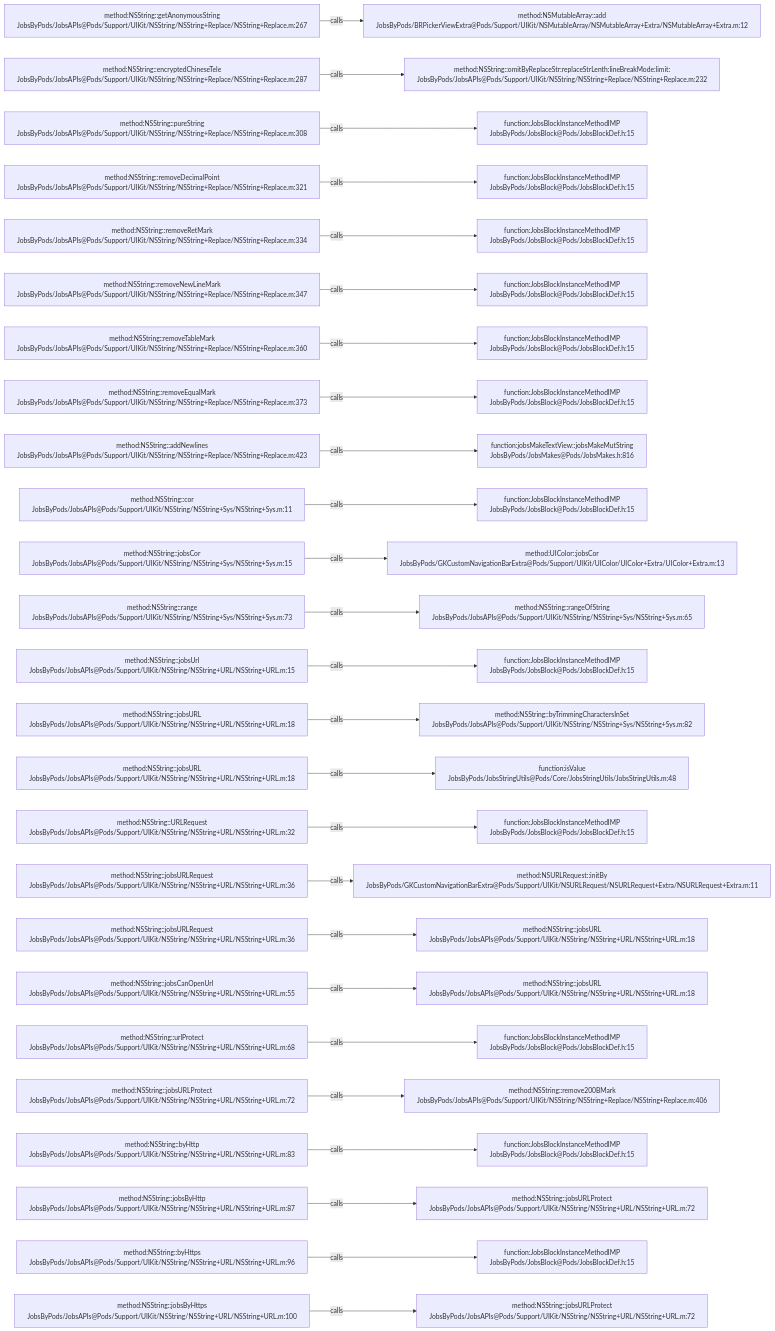
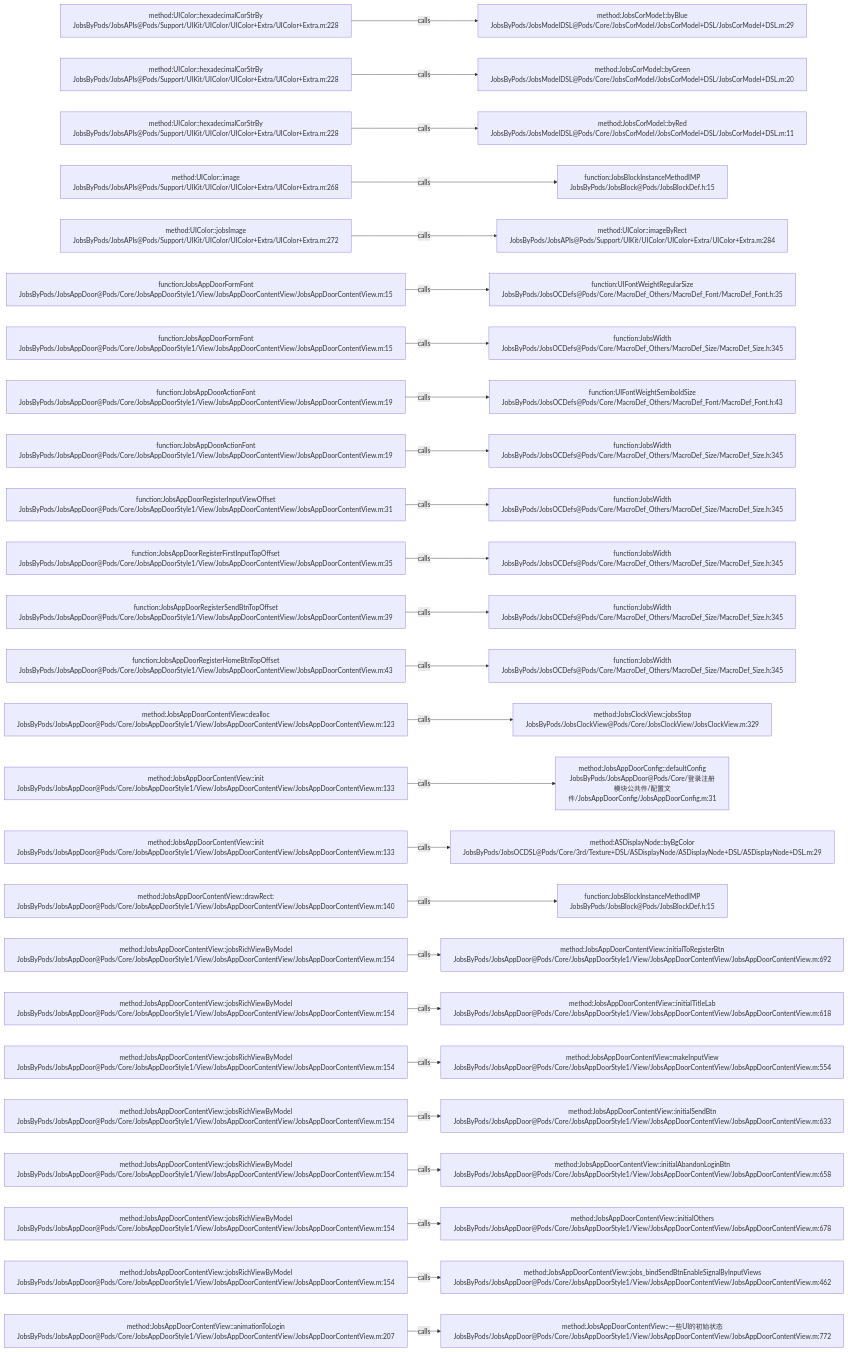
Before and after one commit to JobsKits/JobsOCBaseConfigDemo: the diagram in .codegraph/codegraph.md/graphs/calls-088.md, drawn with Mermaid. The commit also changed 223 other files, not shown here.

````diff
--- a/.codegraph/codegraph.md/graphs/calls-088.md
+++ b/.codegraph/codegraph.md/graphs/calls-088.md
@@ -13,78 +13,78 @@
 ```mermaid
 flowchart LR
-  S1["method:NSString::getAnonymousString<br/>JobsByPods/JobsAPIs@Pods/Support/UIKit/NSString/NSString+Replace/NSString+Replace.m:267"]
-  T1["method:NSMutableArray::add<br/>JobsByPods/BRPickerViewExtra@Pods/Support/UIKit/NSMutableArray/NSMutableArray+Extra/NSMutableArray+Extra.m:12"]
+  S1["method:UIColor::hexadecimalCorStrBy<br/>JobsByPods/JobsAPIs@Pods/Support/UIKit/UIColor/UIColor+Extra/UIColor+Extra.m:228"]
+  T1["method:JobsCorModel::byBlue<br/>JobsByPods/JobsModelDSL@Pods/Core/JobsCorModel/JobsCorModel+DSL/JobsCorModel+DSL.m:29"]
   S1 -->|calls| T1
-  S2["method:NSString::encryptedChineseTele<br/>JobsByPods/JobsAPIs@Pods/Support/UIKit/NSString/NSString+Replace/NSString+Replace.m:287"]
-  T2["method:NSString::omitByReplaceStr:replaceStrLenth:lineBreakMode:limit:<br/>JobsByPods/JobsAPIs@Pods/Support/UIKit/NSString/NSString+Replace/NSString+Replace.m:232"]
+  S2["method:UIColor::hexadecimalCorStrBy<br/>JobsByPods/JobsAPIs@Pods/Support/UIKit/UIColor/UIColor+Extra/UIColor+Extra.m:228"]
+  T2["method:JobsCorModel::byGreen<br/>JobsByPods/JobsModelDSL@Pods/Core/JobsCorModel/JobsCorModel+DSL/JobsCorModel+DSL.m:20"]
   S2 -->|calls| T2
-  S3["method:NSString::pureString<br/>JobsByPods/JobsAPIs@Pods/Support/UIKit/NSString/NSString+Replace/NSString+Replace.m:308"]
-  T3["function:JobsBlockInstanceMethodIMP<br/>JobsByPods/JobsBlock@Pods/JobsBlockDef.h:15"]
+  S3["method:UIColor::hexadecimalCorStrBy<br/>JobsByPods/JobsAPIs@Pods/Support/UIKit/UIColor/UIColor+Extra/UIColor+Extra.m:228"]
+  T3["method:JobsCorModel::byRed<br/>JobsByPods/JobsModelDSL@Pods/Core/JobsCorModel/JobsCorModel+DSL/JobsCorModel+DSL.m:11"]
   S3 -->|calls| T3
-  S4["method:NSString::removeDecimalPoint<br/>JobsByPods/JobsAPIs@Pods/Support/UIKit/NSString/NSString+Replace/NSString+Replace.m:321"]
+  S4["method:UIColor::image<br/>JobsByPods/JobsAPIs@Pods/Support/UIKit/UIColor/UIColor+Extra/UIColor+Extra.m:268"]
   T4["function:JobsBlockInstanceMethodIMP<br/>JobsByPods/JobsBlock@Pods/JobsBlockDef.h:15"]
   S4 -->|calls| T4
-  S5["method:NSString::removeRetMark<br/>JobsByPods/JobsAPIs@Pods/Support/UIKit/NSString/NSString+Replace/NSString+Replace.m:334"]
-  T5["function:JobsBlockInstanceMethodIMP<br/>JobsByPods/JobsBlock@Pods/JobsBlockDef.h:15"]
+  S5["method:UIColor::jobsImage<br/>JobsByPods/JobsAPIs@Pods/Support/UIKit/UIColor/UIColor+Extra/UIColor+Extra.m:272"]
+  T5["method:UIColor::imageByRect<br/>JobsByPods/JobsAPIs@Pods/Support/UIKit/UIColor/UIColor+Extra/UIColor+Extra.m:284"]
   S5 -->|calls| T5
-  S6["method:NSString::removeNewLineMark<br/>JobsByPods/JobsAPIs@Pods/Support/UIKit/NSString/NSString+Replace/NSString+Replace.m:347"]
-  T6["function:JobsBlockInstanceMethodIMP<br/>JobsByPods/JobsBlock@Pods/JobsBlockDef.h:15"]
+  S6["function:JobsAppDoorFormFont<br/>JobsByPods/JobsAppDoor@Pods/Core/JobsAppDoorStyle1/View/JobsAppDoorContentView/JobsAppDoorContentView.m:15"]
+  T6["function:UIFontWeightRegularSize<br/>JobsByPods/JobsOCDefs@Pods/Core/MacroDef_Others/MacroDef_Font/MacroDef_Font.h:35"]
   S6 -->|calls| T6
-  S7["method:NSString::removeTableMark<br/>JobsByPods/JobsAPIs@Pods/Support/UIKit/NSString/NSString+Replace/NSString+Replace.m:360"]
-  T7["function:JobsBlockInstanceMethodIMP<br/>JobsByPods/JobsBlock@Pods/JobsBlockDef.h:15"]
+  S7["function:JobsAppDoorFormFont<br/>JobsByPods/JobsAppDoor@Pods/Core/JobsAppDoorStyle1/View/JobsAppDoorContentView/JobsAppDoorContentView.m:15"]
+  T7["function:JobsWidth<br/>JobsByPods/JobsOCDefs@Pods/Core/MacroDef_Others/MacroDef_Size/MacroDef_Size.h:345"]
   S7 -->|calls| T7
-  S8["method:NSString::removeEqualMark<br/>JobsByPods/JobsAPIs@Pods/Support/UIKit/NSString/NSString+Replace/NSString+Replace.m:373"]
-  T8["function:JobsBlockInstanceMethodIMP<br/>JobsByPods/JobsBlock@Pods/JobsBlockDef.h:15"]
+  S8["function:JobsAppDoorActionFont<br/>JobsByPods/JobsAppDoor@Pods/Core/JobsAppDoorStyle1/View/JobsAppDoorContentView/JobsAppDoorContentView.m:19"]
+  T8["function:UIFontWeightSemiboldSize<br/>JobsByPods/JobsOCDefs@Pods/Core/MacroDef_Others/MacroDef_Font/MacroDef_Font.h:43"]
   S8 -->|calls| T8
-  S9["method:NSString::addNewlines<br/>JobsByPods/JobsAPIs@Pods/Support/UIKit/NSString/NSString+Replace/NSString+Replace.m:423"]
-  T9["function:jobsMakeTextView::jobsMakeMutString<br/>JobsByPods/JobsMakes@Pods/JobsMakes.h:816"]
+  S9["function:JobsAppDoorActionFont<br/>JobsByPods/JobsAppDoor@Pods/Core/JobsAppDoorStyle1/View/JobsAppDoorContentView/JobsAppDoorContentView.m:19"]
+  T9["function:JobsWidth<br/>JobsByPods/JobsOCDefs@Pods/Core/MacroDef_Others/MacroDef_Size/MacroDef_Size.h:345"]
   S9 -->|calls| T9
-  S10["method:NSString::cor<br/>JobsByPods/JobsAPIs@Pods/Support/UIKit/NSString/NSString+Sys/NSString+Sys.m:11"]
-  T10["function:JobsBlockInstanceMethodIMP<br/>JobsByPods/JobsBlock@Pods/JobsBlockDef.h:15"]
+  S10["function:JobsAppDoorRegisterInputViewOffset<br/>JobsByPods/JobsAppDoor@Pods/Core/JobsAppDoorStyle1/View/JobsAppDoorContentView/JobsAppDoorContentView.m:31"]
+  T10["function:JobsWidth<br/>JobsByPods/JobsOCDefs@Pods/Core/MacroDef_Others/MacroDef_Size/MacroDef_Size.h:345"]
   S10 -->|calls| T10
-  S11["method:NSString::jobsCor<br/>JobsByPods/JobsAPIs@Pods/Support/UIKit/NSString/NSString+Sys/NSString+Sys.m:15"]
-  T11["method:UIColor::jobsCor<br/>JobsByPods/GKCustomNavigationBarExtra@Pods/Support/UIKit/UIColor/UIColor+Extra/UIColor+Extra.m:13"]
+  S11["function:JobsAppDoorRegisterFirstInputTopOffset<br/>JobsByPods/JobsAppDoor@Pods/Core/JobsAppDoorStyle1/View/JobsAppDoorContentView/JobsAppDoorContentView.m:35"]
+  T11["function:JobsWidth<br/>JobsByPods/JobsOCDefs@Pods/Core/MacroDef_Others/MacroDef_Size/MacroDef_Size.h:345"]
   S11 -->|calls| T11
-  S12["method:NSString::range<br/>JobsByPods/JobsAPIs@Pods/Support/UIKit/NSString/NSString+Sys/NSString+Sys.m:73"]
-  T12["method:NSString::rangeOfString<br/>JobsByPods/JobsAPIs@Pods/Support/UIKit/NSString/NSString+Sys/NSString+Sys.m:65"]
+  S12["function:JobsAppDoorRegisterSendBtnTopOffset<br/>JobsByPods/JobsAppDoor@Pods/Core/JobsAppDoorStyle1/View/JobsAppDoorContentView/JobsAppDoorContentView.m:39"]
+  T12["function:JobsWidth<br/>JobsByPods/JobsOCDefs@Pods/Core/MacroDef_Others/MacroDef_Size/MacroDef_Size.h:345"]
   S12 -->|calls| T12
-  S13["method:NSString::jobsUrl<br/>JobsByPods/JobsAPIs@Pods/Support/UIKit/NSString/NSString+URL/NSString+URL.m:15"]
-  T13["function:JobsBlockInstanceMethodIMP<br/>JobsByPods/JobsBlock@Pods/JobsBlockDef.h:15"]
+  S13["function:JobsAppDoorRegisterHomeBtnTopOffset<br/>JobsByPods/JobsAppDoor@Pods/Core/JobsAppDoorStyle1/View/JobsAppDoorContentView/JobsAppDoorContentView.m:43"]
+  T13["function:JobsWidth<br/>JobsByPods/JobsOCDefs@Pods/Core/MacroDef_Others/MacroDef_Size/MacroDef_Size.h:345"]
   S13 -->|calls| T13
-  S14["method:NSString::jobsURL<br/>JobsByPods/JobsAPIs@Pods/Support/UIKit/NSString/NSString+URL/NSString+URL.m:18"]
-  T14["method:NSString::byTrimmingCharactersInSet<br/>JobsByPods/JobsAPIs@Pods/Support/UIKit/NSString/NSString+Sys/NSString+Sys.m:82"]
+  S14["method:JobsAppDoorContentView::dealloc<br/>JobsByPods/JobsAppDoor@Pods/Core/JobsAppDoorStyle1/View/JobsAppDoorContentView/JobsAppDoorContentView.m:123"]
+  T14["method:JobsClockView::jobsStop<br/>JobsByPods/JobsClockView@Pods/Core/JobsClockView/JobsClockView.m:329"]
   S14 -->|calls| T14
-  S15["method:NSString::jobsURL<br/>JobsByPods/JobsAPIs@Pods/Support/UIKit/NSString/NSString+URL/NSString+URL.m:18"]
-  T15["function:isValue<br/>JobsByPods/JobsStringUtils@Pods/Core/JobsStringUtils/JobsStringUtils.m:48"]
+  S15["method:JobsAppDoorContentView::init<br/>JobsByPods/JobsAppDoor@Pods/Core/JobsAppDoorStyle1/View/JobsAppDoorContentView/JobsAppDoorContentView.m:133"]
+  T15["method:JobsAppDoorConfig::defaultConfig<br/>JobsByPods/JobsAppDoor@Pods/Core/登录注册模块公共件/配置文件/JobsAppDoorConfig/JobsAppDoorConfig.m:31"]
   S15 -->|calls| T15
-  S16["method:NSString::URLRequest<br/>JobsByPods/JobsAPIs@Pods/Support/UIKit/NSString/NSString+URL/NSString+URL.m:32"]
-  T16["function:JobsBlockInstanceMethodIMP<br/>JobsByPods/JobsBlock@Pods/JobsBlockDef.h:15"]
+  S16["method:JobsAppDoorContentView::init<br/>JobsByPods/JobsAppDoor@Pods/Core/JobsAppDoorStyle1/View/JobsAppDoorContentView/JobsAppDoorContentView.m:133"]
+  T16["method:ASDisplayNode::byBgColor<br/>JobsByPods/JobsOCDSL@Pods/Core/3rd/Texture+DSL/ASDisplayNode/ASDisplayNode+DSL/ASDisplayNode+DSL.m:29"]
   S16 -->|calls| T16
-  S17["method:NSString::jobsURLRequest<br/>JobsByPods/JobsAPIs@Pods/Support/UIKit/NSString/NSString+URL/NSString+URL.m:36"]
-  T17["method:NSURLRequest::initBy<br/>JobsByPods/GKCustomNavigationBarExtra@Pods/Support/UIKit/NSURLRequest/NSURLRequest+Extra/NSURLRequest+Extra.m:11"]
+  S17["method:JobsAppDoorContentView::drawRect:<br/>JobsByPods/JobsAppDoor@Pods/Core/JobsAppDoorStyle1/View/JobsAppDoorContentView/JobsAppDoorContentView.m:140"]
+  T17["function:JobsBlockInstanceMethodIMP<br/>JobsByPods/JobsBlock@Pods/JobsBlockDef.h:15"]
   S17 -->|calls| T17
-  S18["method:NSString::jobsURLRequest<br/>JobsByPods/JobsAPIs@Pods/Support/UIKit/NSString/NSString+URL/NSString+URL.m:36"]
-  T18["method:NSString::jobsURL<br/>JobsByPods/JobsAPIs@Pods/Support/UIKit/NSString/NSString+URL/NSString+URL.m:18"]
+  S18["method:JobsAppDoorContentView::jobsRichViewByModel<br/>JobsByPods/JobsAppDoor@Pods/Core/JobsAppDoorStyle1/View/JobsAppDoorContentView/JobsAppDoorContentView.m:154"]
+  T18["method:JobsAppDoorContentView::initialToRegisterBtn<br/>JobsByPods/JobsAppDoor@Pods/Core/JobsAppDoorStyle1/View/JobsAppDoorContentView/JobsAppDoorContentView.m:692"]
   S18 -->|calls| T18
-  S19["method:NSString::jobsCanOpenUrl<br/>JobsByPods/JobsAPIs@Pods/Support/UIKit/NSString/NSString+URL/NSString+URL.m:55"]
-  T19["method:NSString::jobsURL<br/>JobsByPods/JobsAPIs@Pods/Support/UIKit/NSString/NSString+URL/NSString+URL.m:18"]
+  S19["method:JobsAppDoorContentView::jobsRichViewByModel<br/>JobsByPods/JobsAppDoor@Pods/Core/JobsAppDoorStyle1/View/JobsAppDoorContentView/JobsAppDoorContentView.m:154"]
+  T19["method:JobsAppDoorContentView::initialTitleLab<br/>JobsByPods/JobsAppDoor@Pods/Core/JobsAppDoorStyle1/View/JobsAppDoorContentView/JobsAppDoorContentView.m:618"]
   S19 -->|calls| T19
-  S20["method:NSString::urlProtect<br/>JobsByPods/JobsAPIs@Pods/Support/UIKit/NSString/NSString+URL/NSString+URL.m:68"]
-  T20["function:JobsBlockInstanceMethodIMP<br/>JobsByPods/JobsBlock@Pods/JobsBlockDef.h:15"]
+  S20["method:JobsAppDoorContentView::jobsRichViewByModel<br/>JobsByPods/JobsAppDoor@Pods/Core/JobsAppDoorStyle1/View/JobsAppDoorContentView/JobsAppDoorContentView.m:154"]
+  T20["method:JobsAppDoorContentView::makeInputView<br/>JobsByPods/JobsAppDoor@Pods/Core/JobsAppDoorStyle1/View/JobsAppDoorContentView/JobsAppDoorContentView.m:554"]
   S20 -->|calls| T20
-  S21["method:NSString::jobsURLProtect<br/>JobsByPods/JobsAPIs@Pods/Support/UIKit/NSString/NSString+URL/NSString+URL.m:72"]
-  T21["method:NSString::remove200BMark<br/>JobsByPods/JobsAPIs@Pods/Support/UIKit/NSString/NSString+Replace/NSString+Replace.m:406"]
+  S21["method:JobsAppDoorContentView::jobsRichViewByModel<br/>JobsByPods/JobsAppDoor@Pods/Core/JobsAppDoorStyle1/View/JobsAppDoorContentView/JobsAppDoorContentView.m:154"]
+  T21["method:JobsAppDoorContentView::initialSendBtn<br/>JobsByPods/JobsAppDoor@Pods/Core/JobsAppDoorStyle1/View/JobsAppDoorContentView/JobsAppDoorContentView.m:633"]
   S21 -->|calls| T21
-  S22["method:NSString::byHttp<br/>JobsByPods/JobsAPIs@Pods/Support/UIKit/NSString/NSString+URL/NSString+URL.m:83"]
-  T22["function:JobsBlockInstanceMethodIMP<br/>JobsByPods/JobsBlock@Pods/JobsBlockDef.h:15"]
+  S22["method:JobsAppDoorContentView::jobsRichViewByModel<br/>JobsByPods/JobsAppDoor@Pods/Core/JobsAppDoorStyle1/View/JobsAppDoorContentView/JobsAppDoorContentView.m:154"]
+  T22["method:JobsAppDoorContentView::initialAbandonLoginBtn<br/>JobsByPods/JobsAppDoor@Pods/Core/JobsAppDoorStyle1/View/JobsAppDoorContentView/JobsAppDoorContentView.m:658"]
   S22 -->|calls| T22
-  S23["method:NSString::jobsByHttp<br/>JobsByPods/JobsAPIs@Pods/Support/UIKit/NSString/NSString+URL/NSString+URL.m:87"]
-  T23["method:NSString::jobsURLProtect<br/>JobsByPods/JobsAPIs@Pods/Support/UIKit/NSString/NSString+URL/NSString+URL.m:72"]
+  S23["method:JobsAppDoorContentView::jobsRichViewByModel<br/>JobsByPods/JobsAppDoor@Pods/Core/JobsAppDoorStyle1/View/JobsAppDoorContentView/JobsAppDoorContentView.m:154"]
+  T23["method:JobsAppDoorContentView::initialOthers<br/>JobsByPods/JobsAppDoor@Pods/Core/JobsAppDoorStyle1/View/JobsAppDoorContentView/JobsAppDoorContentView.m:678"]
   S23 -->|calls| T23
-  S24["method:NSString::byHttps<br/>JobsByPods/JobsAPIs@Pods/Support/UIKit/NSString/NSString+URL/NSString+URL.m:96"]
-  T24["function:JobsBlockInstanceMethodIMP<br/>JobsByPods/JobsBlock@Pods/JobsBlockDef.h:15"]
+  S24["method:JobsAppDoorContentView::jobsRichViewByModel<br/>JobsByPods/JobsAppDoor@Pods/Core/JobsAppDoorStyle1/View/JobsAppDoorContentView/JobsAppDoorContentView.m:154"]
+  T24["method:JobsAppDoorContentView::jobs_bindSendBtnEnableSignalByInputViews<br/>JobsByPods/JobsAppDoor@Pods/Core/JobsAppDoorStyle1/View/JobsAppDoorContentView/JobsAppDoorContentView.m:462"]
   S24 -->|calls| T24
-  S25["method:NSString::jobsByHttps<br/>JobsByPods/JobsAPIs@Pods/Support/UIKit/NSString/NSString+URL/NSString+URL.m:100"]
-  T25["method:NSString::jobsURLProtect<br/>JobsByPods/JobsAPIs@Pods/Support/UIKit/NSString/NSString+URL/NSString+URL.m:72"]
+  S25["method:JobsAppDoorContentView::animationToLogin<br/>JobsByPods/JobsAppDoor@Pods/Core/JobsAppDoorStyle1/View/JobsAppDoorContentView/JobsAppDoorContentView.m:207"]
+  T25["method:JobsAppDoorContentView::一些UI的初始状态<br/>JobsByPods/JobsAppDoor@Pods/Core/JobsAppDoorStyle1/View/JobsAppDoorContentView/JobsAppDoorContentView.m:772"]
   S25 -->|calls| T25
 ```
````
